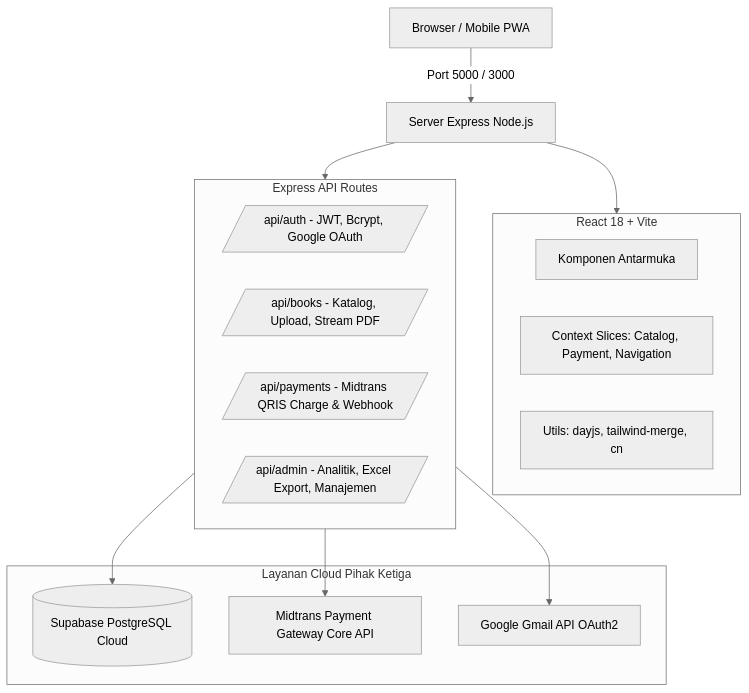
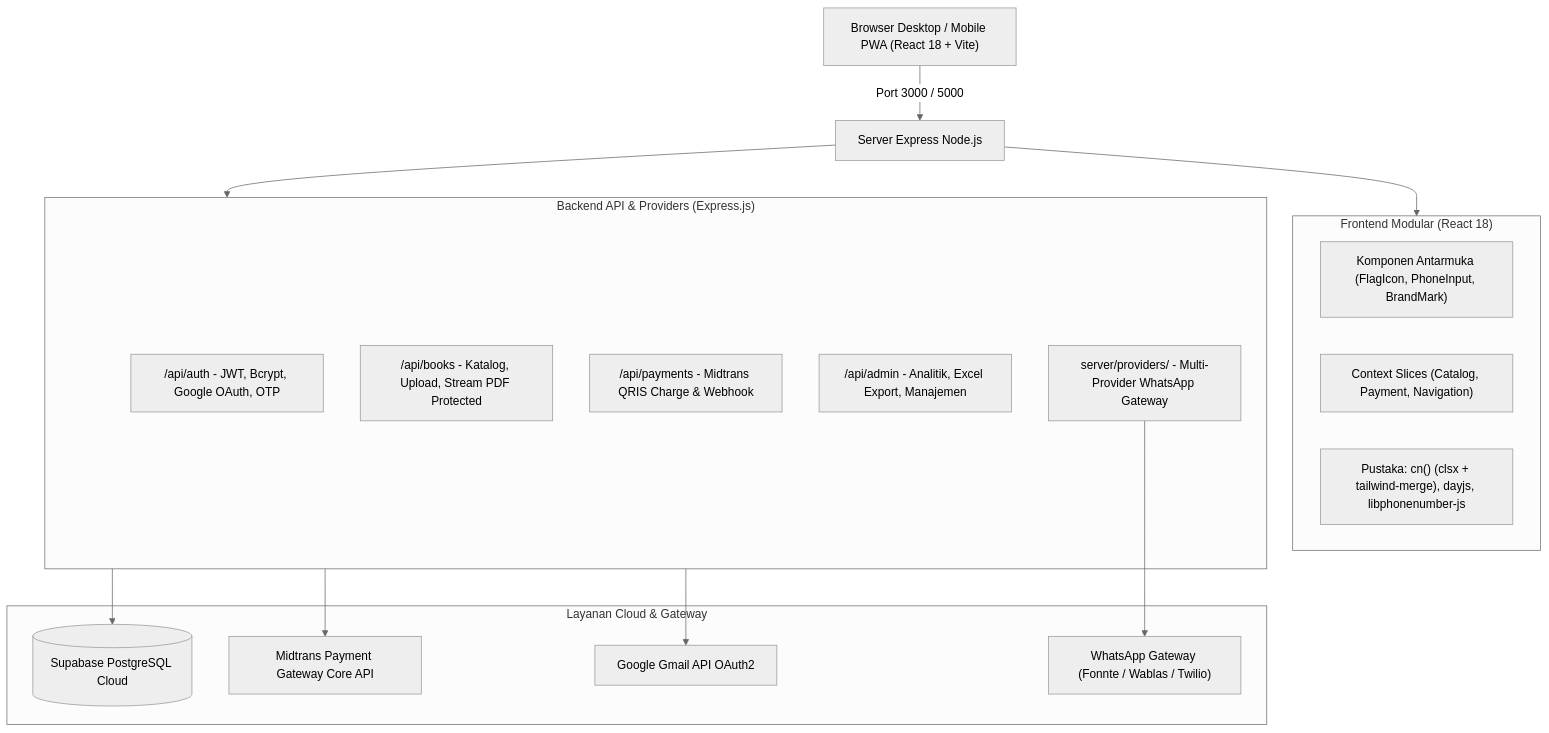
One commit to daffa-789/Wahidiyah-Book-Midtrans changed the diagram in README.md. Above: the diagram before and after it, drawn with Mermaid (neutral theme). The commit also changed other lines of this file and 12 other files, not shown here.

Commit message:
feat(auth): complete worldwide countries dataset, library optimization (clsx, tailwind-merge, libphonenumber-js), documentation updates, and memory compaction

````diff
--- a/README.md
+++ b/README.md
@@ -70,29 +78,32 @@
 ```mermaid
 graph TD
-    Client[Browser / Mobile PWA] -->|Port 5000 / 3000| Express[Server Express Node.js]
+    Client["Browser Desktop / Mobile PWA (React 18 + Vite)"] -->|Port 3000 / 5000| Express["Server Express Node.js"]
     
-    subgraph Frontend [React 18 + Vite]
-        UI[Komponen Antarmuka]
-        State[Context Slices: Catalog, Payment, Navigation]
-        Util[Utils: dayjs, tailwind-merge, cn]
+    subgraph Frontend ["Frontend Modular (React 18)"]
+        UI["Komponen Antarmuka (FlagIcon, PhoneInput, BrandMark)"]
+        State["Context Slices (Catalog, Payment, Navigation)"]
+        Util["Pustaka: cn() (clsx + tailwind-merge), dayjs, libphonenumber-js"]
     end
 
-    subgraph Backend [Express API Routes]
-        AuthRoute[/api/auth - JWT, Bcrypt, Google OAuth/]
-        BookRoute[/api/books - Katalog, Upload, Stream PDF/]
-        PayRoute[/api/payments - Midtrans QRIS Charge & Webhook/]
-        AdminRoute[/api/admin - Analitik, Excel Export, Manajemen/]
+    subgraph Backend ["Backend API & Providers (Express.js)"]
+        AuthRoute["/api/auth - JWT, Bcrypt, Google OAuth, OTP"]
+        BookRoute["/api/books - Katalog, Upload, Stream PDF Protected"]
+        PayRoute["/api/payments - Midtrans QRIS Charge & Webhook"]
+        AdminRoute["/api/admin - Analitik, Excel Export, Manajemen"]
+        WAProviders["server/providers/ - Multi-Provider WhatsApp Gateway"]
     end
 
-    subgraph External [Layanan Cloud Pihak Ketiga]
-        Supa[(Supabase PostgreSQL Cloud)]
-        Midtrans[Midtrans Payment Gateway Core API]
-        Gmail[Google Gmail API OAuth2]
+    subgraph External ["Layanan Cloud & Gateway"]
+        Supa[("Supabase PostgreSQL Cloud")]
+        Midtrans["Midtrans Payment Gateway Core API"]
+        Gmail["Google Gmail API OAuth2"]
+        WAGateway["WhatsApp Gateway (Fonnte / Wablas / Twilio)"]
     end
 
     Express --> Frontend
     Express --> Backend
     Backend --> Supa
     Backend --> Midtrans
     Backend --> Gmail
+    WAProviders --> WAGateway
 ```
````
